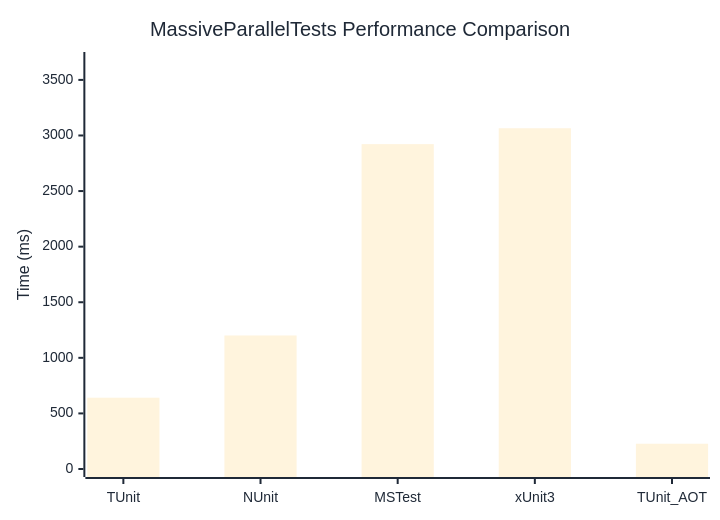
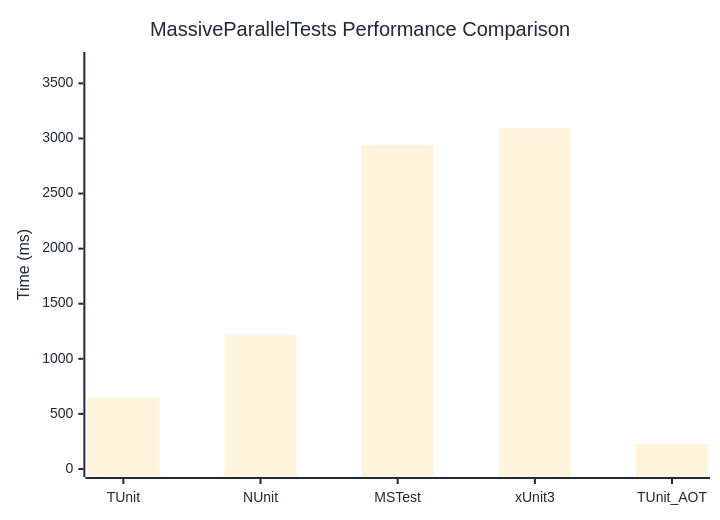
One commit to thomhurst/TUnit changed the diagram in docs/docs/benchmarks/MassiveParallelTests.md. Above: the diagram before and after it, drawn with Mermaid. The commit also changed other lines of this file and 17 other files, not shown here.

````diff
--- a/docs/docs/benchmarks/MassiveParallelTests.md
+++ b/docs/docs/benchmarks/MassiveParallelTests.md
@@ -27,37 +27,37 @@
 ```mermaid
 %%{init: {
   'theme':'base',
   'themeVariables': {
     'primaryColor': '#2563eb',
     'primaryTextColor': '#1f2937',
     'primaryBorderColor': '#1e40af',
     'lineColor': '#6b7280',
     'secondaryColor': '#7c3aed',
     'tertiaryColor': '#dc2626',
     'background': '#ffffff',
     'mainBkg': '#2563eb',
     'secondBkg': '#7c3aed',
     'tertiaryBkg': '#dc2626',
     'clusterBkg': '#f3f4f6',
     'edgeLabelBackground': '#ffffff',
     'tertiaryTextColor': '#1f2937',
     'pie1': '#2563eb',
     'pie2': '#7c3aed',
     'pie3': '#dc2626',
     'pie4': '#f59e0b',
     'pie5': '#10b981',
     'pie6': '#06b6d4',
     'pie7': '#ec4899',
     'pie8': '#6366f1',
     'pie9': '#84cc16',
     'pie10': '#f97316',
     'pie11': '#14b8a6',
     'pie12': '#a855f7'
   }
 }}%%
 xychart-beta
   title "MassiveParallelTests Performance Comparison"
   x-axis ["TUnit", "NUnit", "MSTest", "xUnit3", "TUnit_AOT"]
-  y-axis "Time (ms)" 0 --> 3679
-  bar [641.3, 1201.1, 2922.2, 3065.2, 227.2]
+  y-axis "Time (ms)" 0 --> 3712
+  bar [650.3, 1214.7, 2943.1, 3093.3, 226.2]
 ```
````
